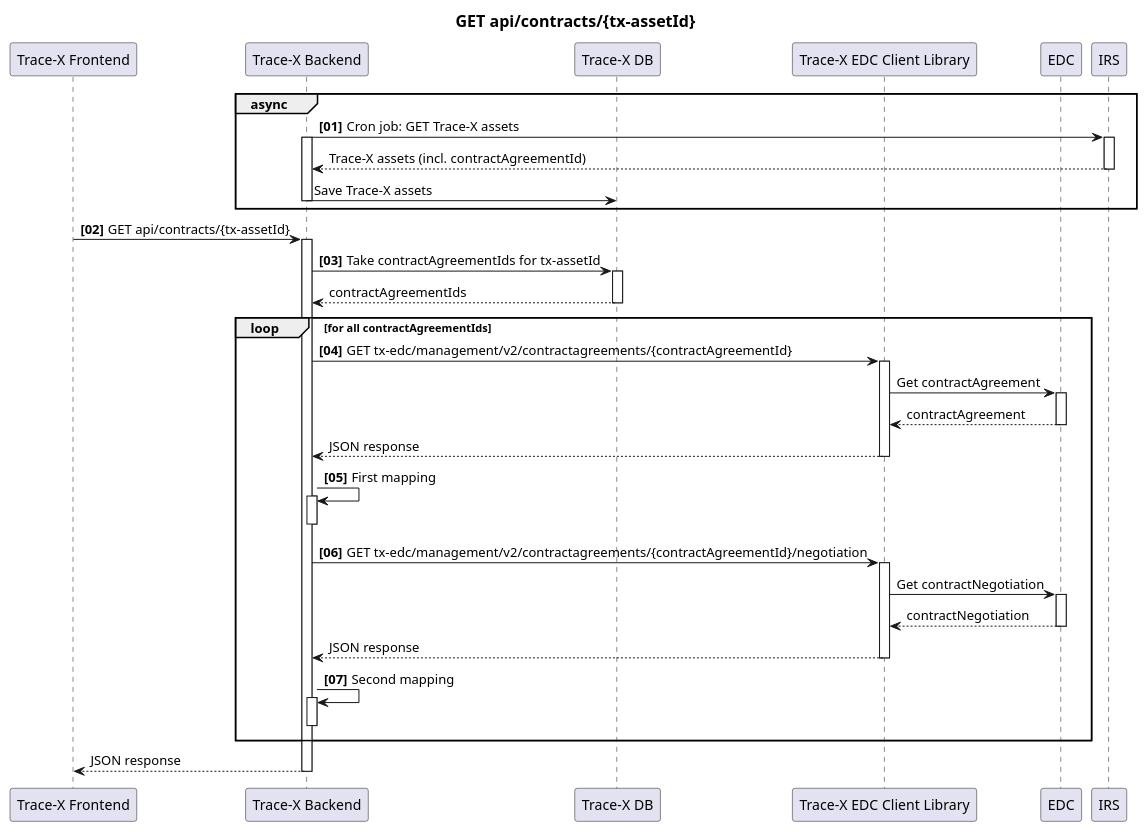
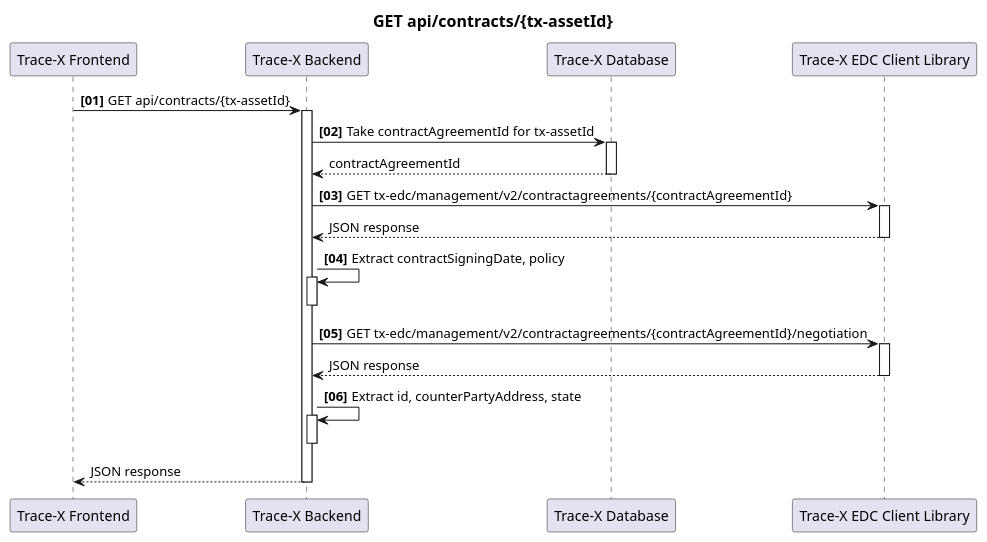
The diagram in docs/concept/#638-contractagreement-admin-view/get-contract-sequenceflow.puml (eclipse-tractusx/traceability-foss), drawn with PlantUML before and after one commit. The commit also changed 4 other files, not shown here.

```diff
--- a/docs/concept/#638-contractagreement-admin-view/get-contract-sequenceflow.puml
+++ b/docs/concept/#638-contractagreement-admin-view/get-contract-sequenceflow.puml
@@ -1,69 +1,47 @@
 @startuml
 title
     ==GET api/contracts/{tx-assetId}
 end title
 
 autonumber "<B>[00]"
 
 participant "Trace-X Frontend" as FE order 0
 participant "Trace-X Backend" as BE order 1
-participant "Trace-X DB" as DB order 2
+participant "Trace-X Database" as DB order 2
 participant "Trace-X EDC Client Library" as TXEDC order 3
-participant "EDC" as EDC order 4
-participant "IRS" as IRS order 5
-
-group async
-BE -> IRS: Cron job: GET Trace-X assets
-activate BE
-activate IRS
-autonumber stop
-IRS --> BE: Trace-X assets (incl. contractAgreementId)
-deactivate IRS
-BE -> DB: Save Trace-X assets
-autonumber resume
-deactivate BE
-end
 
 FE -> BE: GET api/contracts/{tx-assetId}
+
 activate BE
-BE -> DB: Take contractAgreementIds for tx-assetId
+BE -> DB: Take contractAgreementId for tx-assetId
 activate DB
 autonumber stop
-DB --> BE: contractAgreementIds
+DB --> BE: contractAgreementId
 autonumber resume
 deactivate DB
 
-loop for all contractAgreementIds
 BE -> TXEDC: GET tx-edc/management/v2/contractagreements/{contractAgreementId}
 activate TXEDC
 autonumber stop
-TXEDC -> EDC: Get contractAgreement
-activate EDC
-EDC --> TXEDC: contractAgreement
-deactivate EDC
 TXEDC --> BE: JSON response
 autonumber resume
 deactivate TXEDC
-BE -> BE: First mapping
+BE -> BE: Extract contractSigningDate, policy
 activate BE
 deactivate BE
 
 BE -> TXEDC: GET tx-edc/management/v2/contractagreements/{contractAgreementId}/negotiation
 activate TXEDC
 autonumber stop
-TXEDC -> EDC: Get contractNegotiation
-activate EDC
-EDC --> TXEDC: contractNegotiation
-deactivate EDC
 TXEDC --> BE: JSON response
 autonumber resume
 deactivate TXEDC
-BE -> BE: Second mapping
+BE -> BE: Extract id, counterPartyAddress, state
 activate BE
 deactivate BE
-end
+
 autonumber stop
 BE --> FE: JSON response
 deactivate BE
 
 @enduml
```
